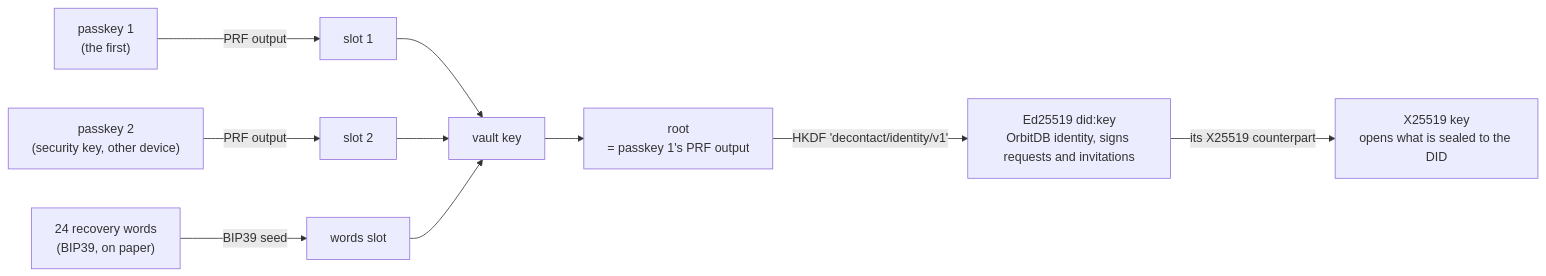
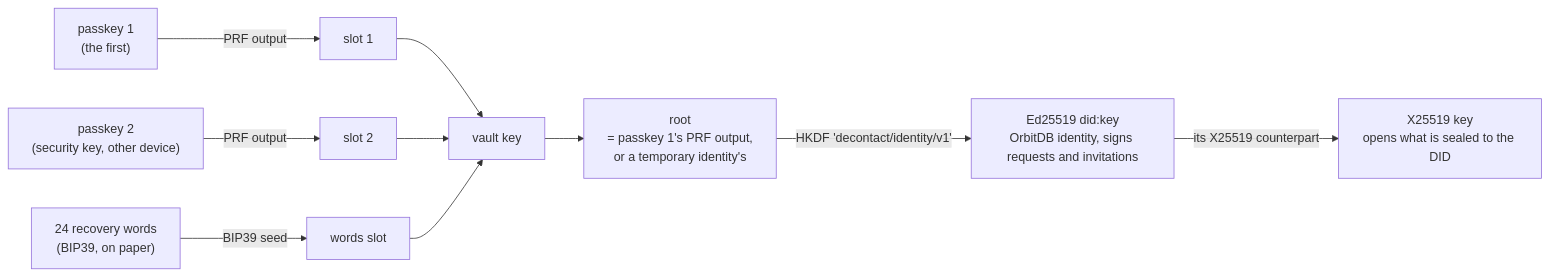
Before and after one commit to NiKrause/deContact: the second of 5 diagrams in docs/how-it-works.md, drawn with Mermaid. The commit also changed other lines of this file and 25 other files, not shown here.

````diff
--- a/docs/how-it-works.md
+++ b/docs/how-it-works.md
@@ -49,9 +49,9 @@
 ```mermaid
 flowchart LR
     PK1["passkey 1<br/>(the first)"] -- "PRF output" --> S1["slot 1"]
     PK2["passkey 2<br/>(security key, other device)"] -- "PRF output" --> S2["slot 2"]
     W["24 recovery words<br/>(BIP39, on paper)"] -- "BIP39 seed" --> S3["words slot"]
-    S1 & S2 & S3 --> VK["vault key"] --> ROOT["root<br/>= passkey 1's PRF output"]
+    S1 & S2 & S3 --> VK["vault key"] --> ROOT["root<br/>= passkey 1's PRF output,<br/>or a temporary identity's"]
     ROOT -- "HKDF 'decontact/identity/v1'" --> DID["Ed25519 did:key<br/>OrbitDB identity, signs requests and invitations"]
     DID -- "its X25519 counterpart" --> X["X25519 key<br/>opens what is sealed to the DID"]
 ```
````
